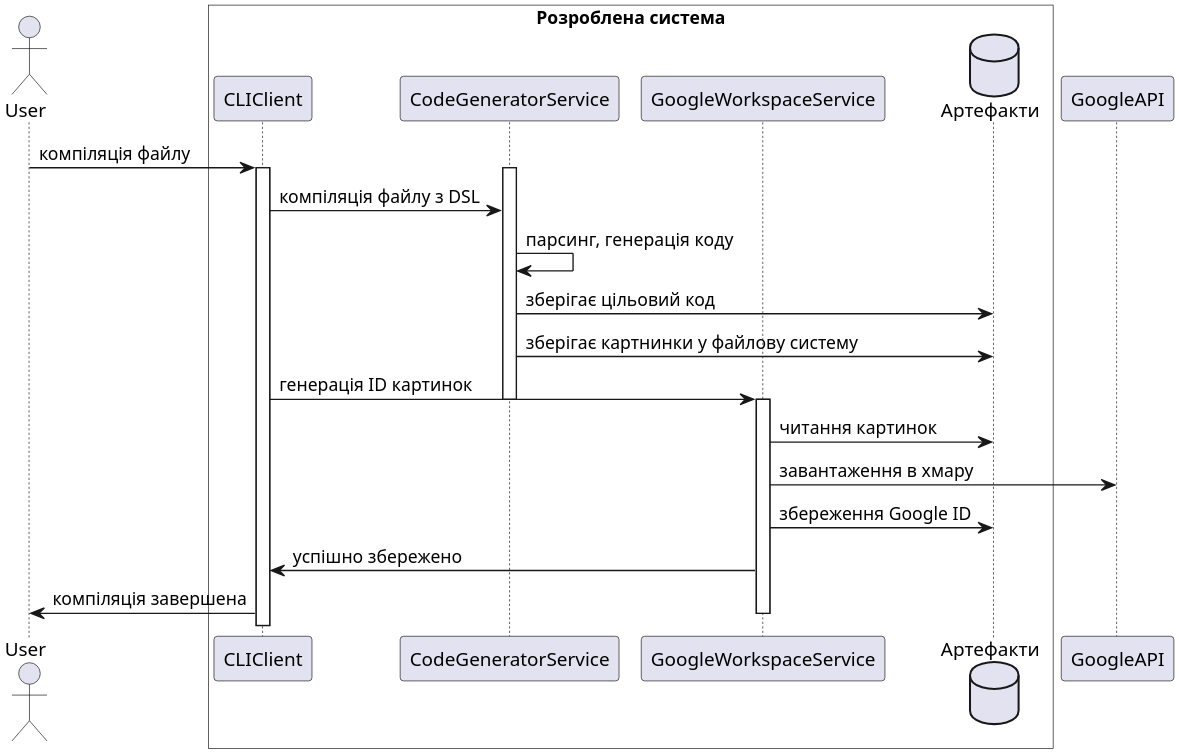
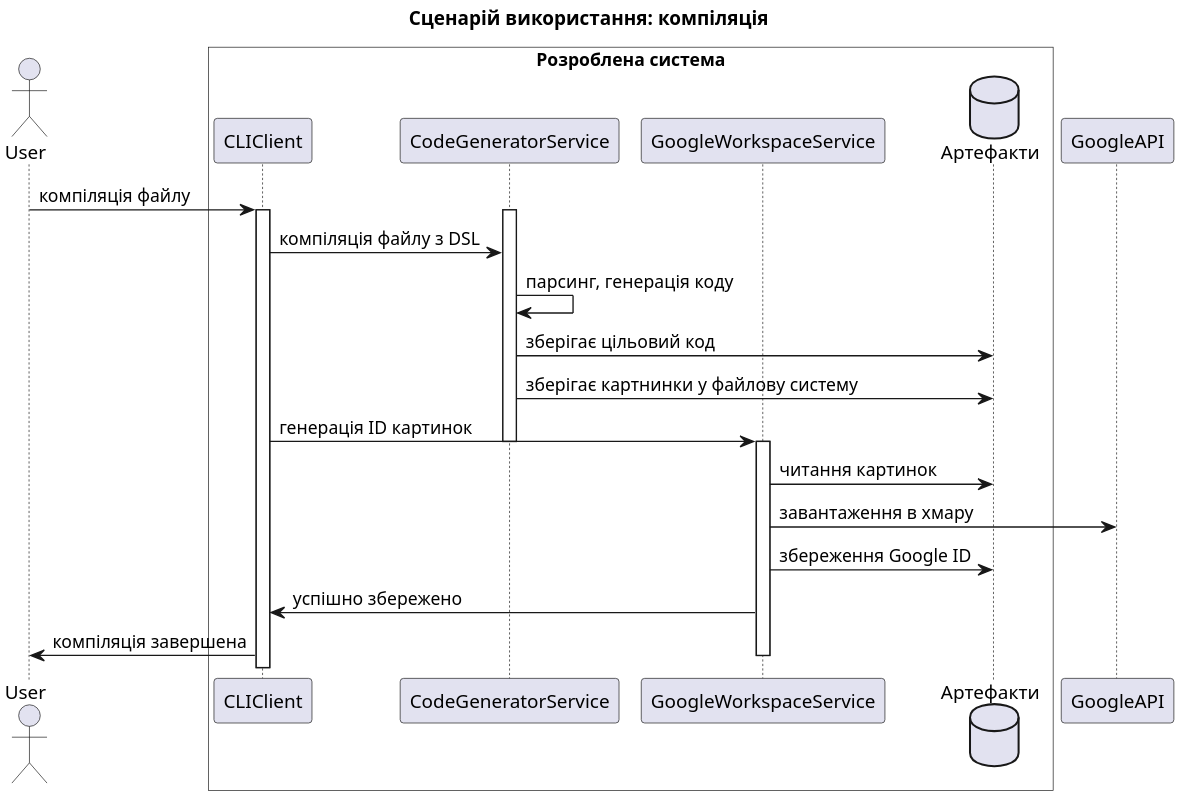
One commit to Gera3dartist/quiz_compiler changed the diagram in diagrams/uc_compilation.puml. Above: the diagram before and after it, drawn with PlantUML. The commit also changed 10 other files, not shown here.

```diff
--- a/diagrams/uc_compilation.puml
+++ b/diagrams/uc_compilation.puml
@@ -1,30 +1,31 @@
 @startuml Usecases
 scale 3
 actor User as U
+title Сценарій використання: компіляція
 box "Розроблена система" #White
 participant CLIClient as CLI
 participant CodeGeneratorService as CGS
 participant GoogleWorkspaceService as GWS
 database Артефакти as State
 end box
 participant GoogleAPI as GAPI
 
 U -> CLI : компіляція файлу
 activate CLI
 activate CGS
 CLI -> CGS: компіляція файлу з DSL
 
 CGS -> CGS: парсинг, генерація коду 
 CGS -> State: зберігає цільовий код
 CGS -> State: зберігає картнинки у файлову систему
 CLI -> GWS: генерація ID картинок
 deactivate CGS
 activate GWS
 State <- GWS: читання картинок
 GWS -> GAPI: завантаження в хмару
 GWS -> State: збереження Google ID
 GWS -> CLI: успішно збережено
 CLI -> U: компіляція завершена
 deactivate GWS
 
 @enduml
```
